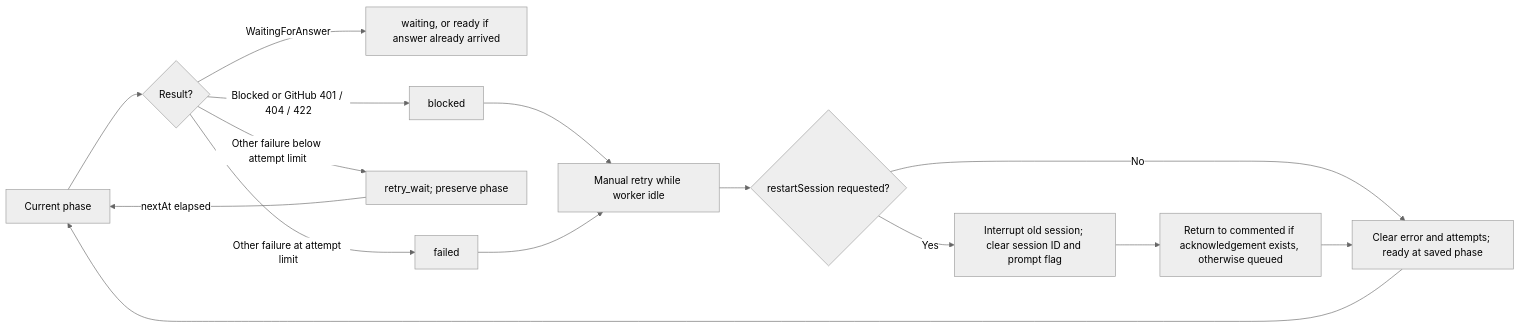
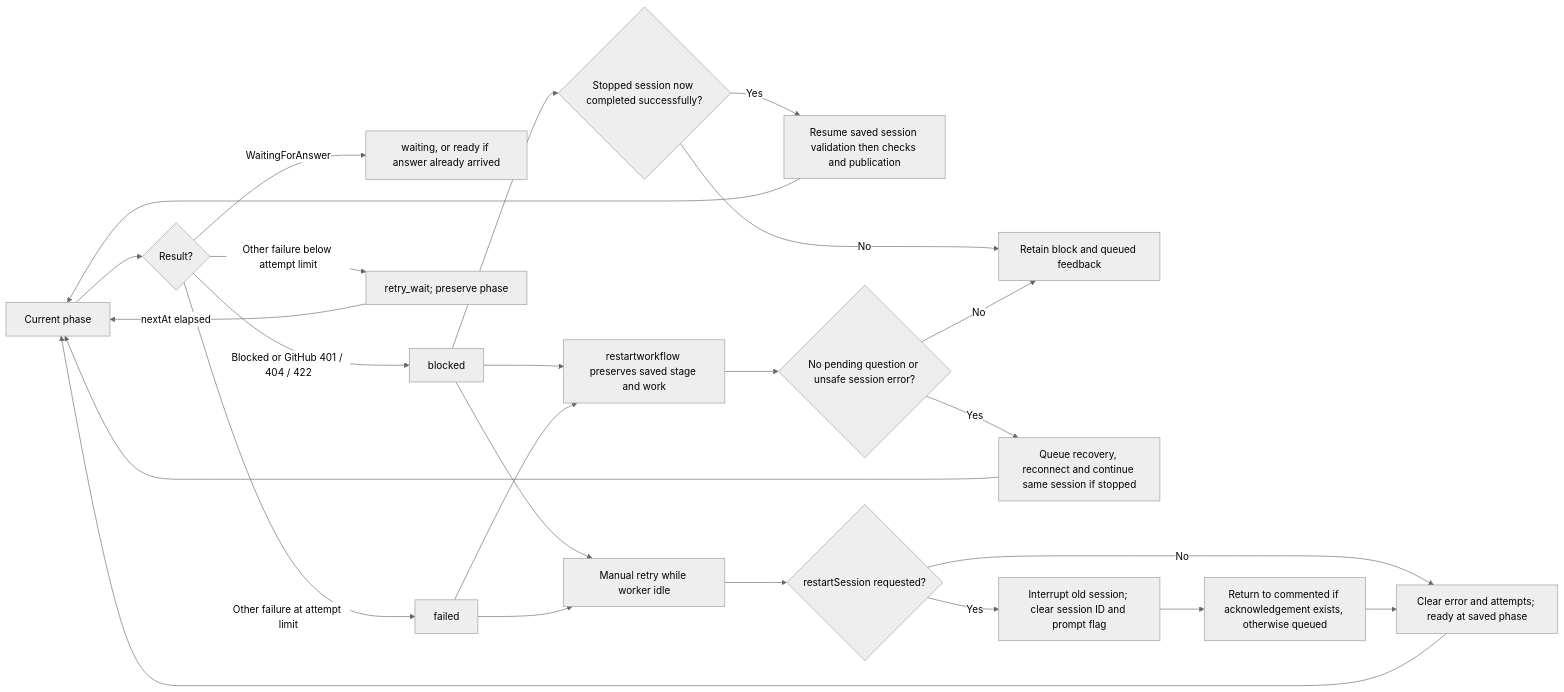
One commit to d3cker/opencode2-github-automation changed the eighth of 8 diagrams in docs/bot-workflow.md. Above: the diagram before and after it, drawn with Mermaid (neutral theme). The commit also changed other lines of this file and 14 other files, not shown here.

````diff
--- a/docs/bot-workflow.md
+++ b/docs/bot-workflow.md
@@ -403,17 +403,27 @@
 ```mermaid
 flowchart LR
     Work[Current phase] --> Error{Result?}
     Error -->|WaitingForAnswer| Wait[waiting, or ready if answer already arrived]
     Error -->|Blocked or GitHub 401 / 404 / 422| Block[blocked]
     Error -->|Other failure below attempt limit| Retry[retry_wait; preserve phase]
     Retry -->|nextAt elapsed| Work
     Error -->|Other failure at attempt limit| Fail[failed]
+    Block --> Completed{Stopped session now completed successfully?}
+    Completed -->|Yes| Rejoin[Resume saved session validation then checks and publication]
+    Rejoin --> Work
+    Completed -->|No| Remain[Retain block and queued feedback]
+    Block --> Recover[restartworkflow preserves saved stage and work]
+    Fail --> Recover
+    Recover --> Safe{No pending question or unsafe session error?}
+    Safe -->|No| Remain
+    Safe -->|Yes| Resume[Queue recovery, reconnect and continue same session if stopped]
+    Resume --> Work
     Block --> Manual[Manual retry while worker idle]
     Fail --> Manual
     Manual --> Restart{restartSession requested?}
     Restart -->|No| Reset[Clear error and attempts; ready at saved phase]
     Restart -->|Yes| Cancel[Interrupt old session; clear session ID and prompt flag]
     Cancel --> Earlier[Return to commented if acknowledgement exists, otherwise queued]
     Earlier --> Reset
     Reset --> Work
 ```
````
